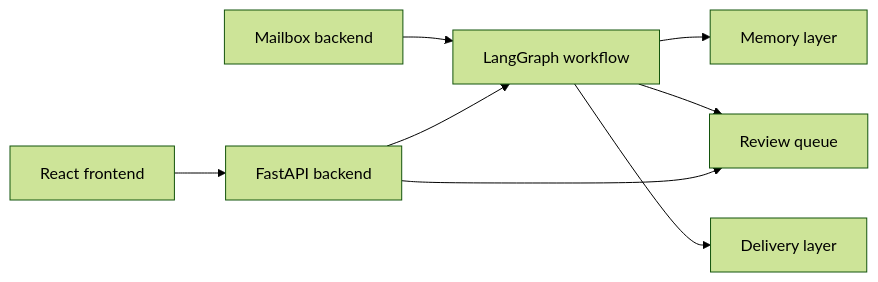
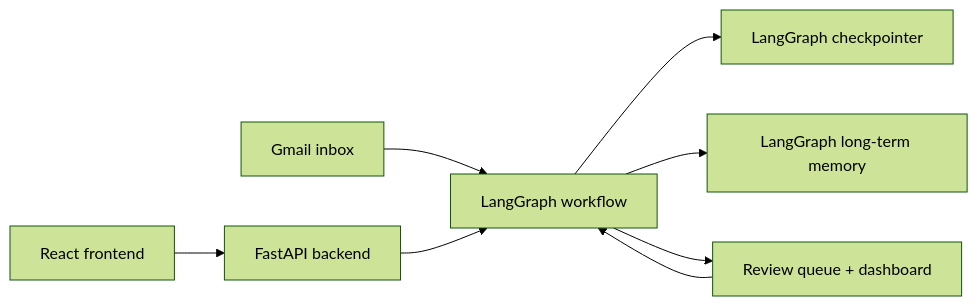
The first of 2 diagrams in README.md (ISHADOW007/GMAIL-AGENT), drawn with Mermaid (forest theme) before and after one commit. The commit also changed other lines of this file and 1 other file, not shown here.

````diff
--- a/README.md
+++ b/README.md
@@ -50,10 +32,10 @@
 ```mermaid
 flowchart LR
-    A["Mailbox backend"] --> B["LangGraph workflow"]
-    B --> C["Memory layer"]
-    B --> D["Review queue"]
-    B --> E["Delivery layer"]
+    A["Gmail inbox"] --> B["LangGraph workflow"]
+    B --> C["LangGraph checkpointer"]
+    B --> D["LangGraph long-term memory"]
+    B --> E["Review queue + dashboard"]
+    E --> B
     F["FastAPI backend"] --> B
-    F --> D
     G["React frontend"] --> F
 ```
````
